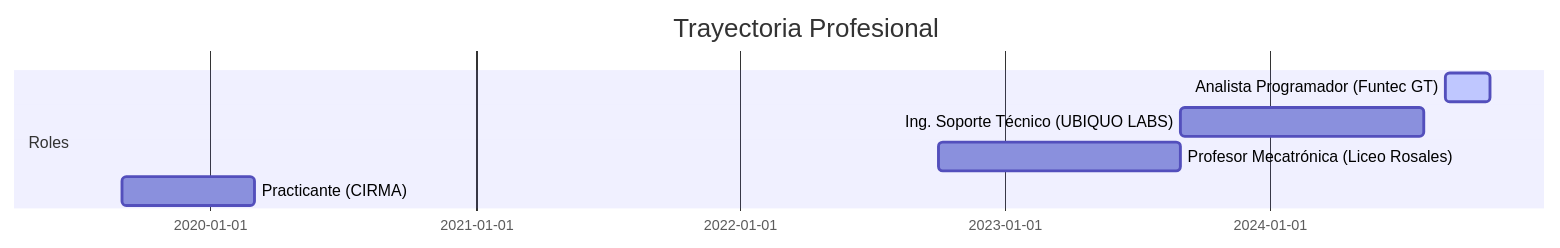
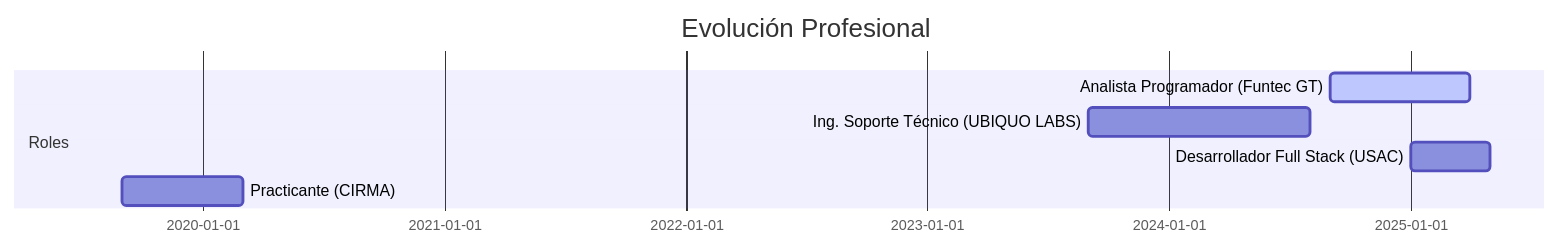
The third of 3 diagrams in README.md (joseggald/joseggald), drawn with Mermaid before and after one commit. The commit also changed other lines of this file, not shown here.

````diff
--- a/README.md
+++ b/README.md
@@ -26,10 +73,10 @@
 ```mermaid
 gantt
-    title Trayectoria Profesional
+    title Evolución Profesional
     dateFormat  YYYY-MM
     section Roles
-    Analista Programador (Funtec GT)      :active, 2024-09, 2024-11
+    Analista Programador (Funtec GT)      :active, 2024-09, 2025-04
     Ing. Soporte Técnico (UBIQUO LABS)    :2023-09, 2024-08
-    Profesor Mecatrónica (Liceo Rosales)  :2022-10, 2023-09
+    Desarrollador Full Stack (USAC)       :2025-01, 2025-05
     Practicante (CIRMA)                   :2019-09, 2020-03
 ```
````
